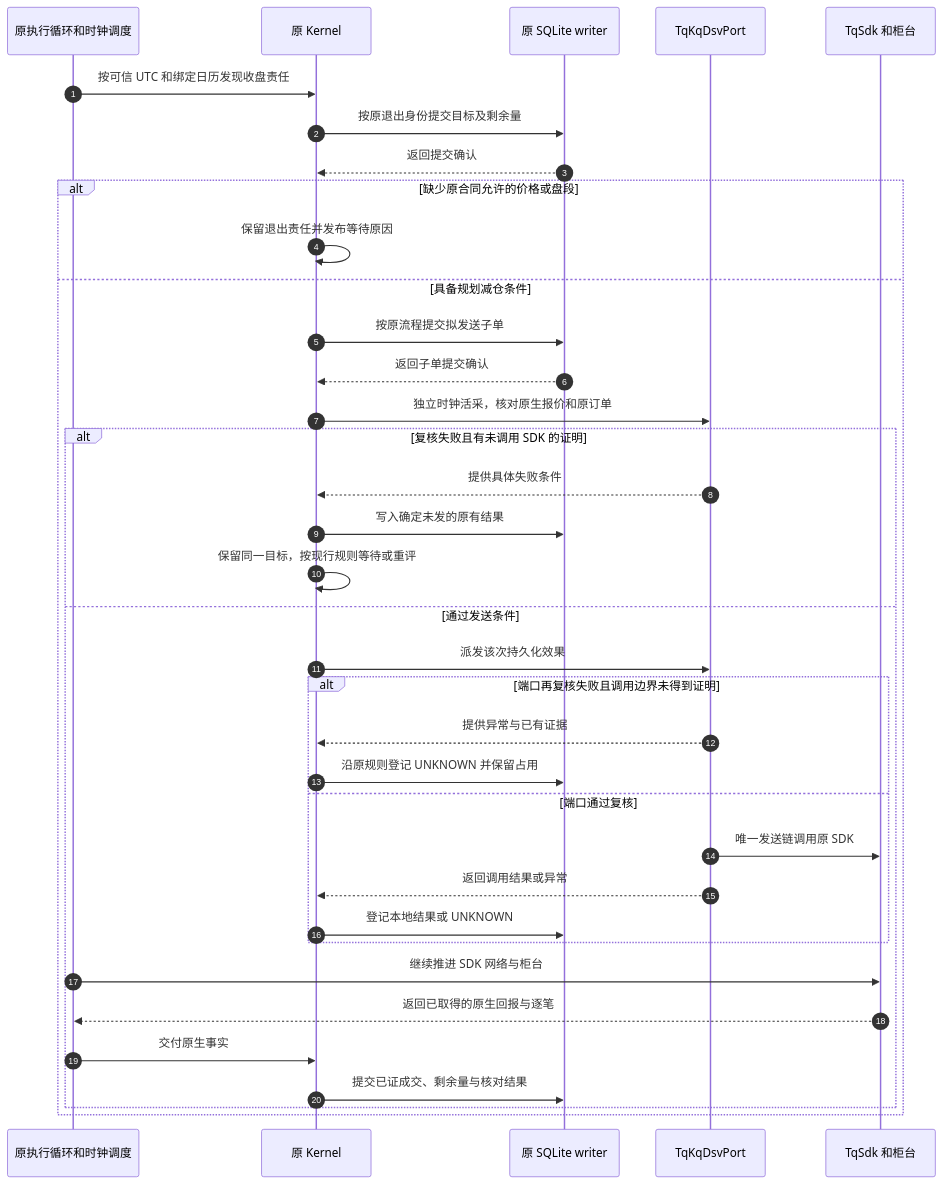
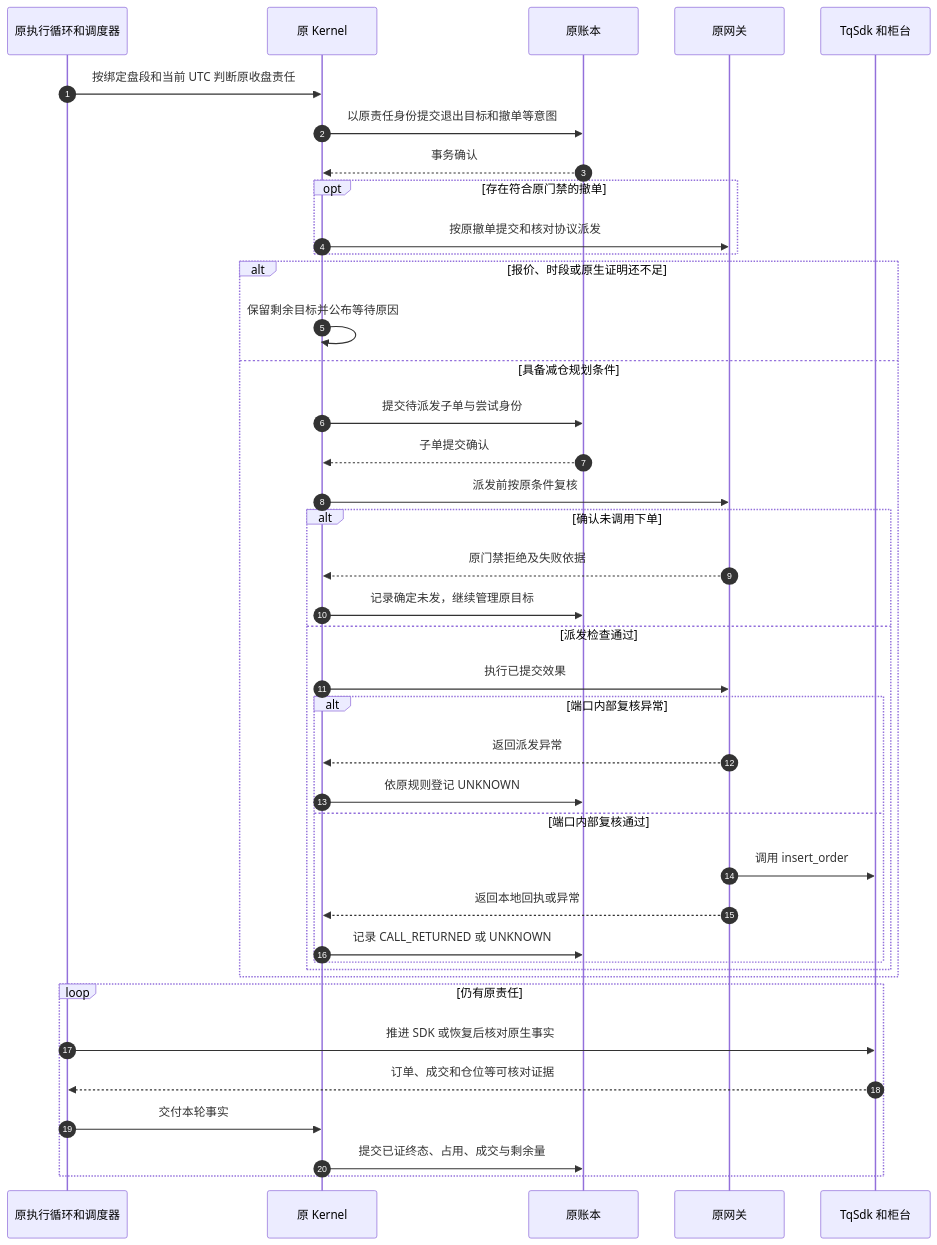
One commit to Yoruto/OnlineTrader changed the seventh of 8 diagrams in docs/clock-market-data-stability-implementation-plan-20261118.md. Above: the diagram before and after it, drawn with Mermaid. The commit also changed other lines of this file, not shown here.

````diff
--- a/docs/clock-market-data-stability-implementation-plan-20261118.md
+++ b/docs/clock-market-data-stability-implementation-plan-20261118.md
@@ -264,38 +296,42 @@
 ```mermaid
 sequenceDiagram
     autonumber
-    participant O as 原执行循环和时钟调度
+    participant O as 原执行循环和调度器
     participant K as 原 Kernel
-    participant D as 原 SQLite writer
-    participant G as TqKqDsvPort
+    participant D as 原账本
+    participant G as 原网关
     participant S as TqSdk 和柜台
-    O->>K: 按可信 UTC 和绑定日历发现收盘责任
-    K->>D: 按原退出身份提交目标及剩余量
-    D-->>K: 返回提交确认
-    alt 缺少原合同允许的价格或盘段
-        K->>K: 保留退出责任并发布等待原因
-    else 具备规划减仓条件
-        K->>D: 按原流程提交拟发送子单
-        D-->>K: 返回子单提交确认
-        K->>G: 独立时钟活采，核对原生报价和原订单
-        alt 复核失败且有未调用 SDK 的证明
-            G-->>K: 提供具体失败条件
-            K->>D: 写入确定未发的原有结果
-            K->>K: 保留同一目标，按现行规则等待或重评
-        else 通过发送条件
-            K->>G: 派发该次持久化效果
-            alt 端口再复核失败且调用边界未得到证明
-                G-->>K: 提供异常与已有证据
-                K->>D: 沿原规则登记 UNKNOWN 并保留占用
-            else 端口通过复核
-                G->>S: 唯一发送链调用原 SDK
-                G-->>K: 返回调用结果或异常
-                K->>D: 登记本地结果或 UNKNOWN
+    O->>K: 按绑定盘段和当前 UTC 判断原收盘责任
+    K->>D: 以原责任身份提交退出目标和撤单等意图
+    D-->>K: 事务确认
+    opt 存在符合原门禁的撤单
+        K->>G: 按原撤单提交和核对协议派发
+    end
+    alt 报价、时段或原生证明还不足
+        K->>K: 保留剩余目标并公布等待原因
+    else 具备减仓规划条件
+        K->>D: 提交待派发子单与尝试身份
+        D-->>K: 子单提交确认
+        K->>G: 派发前按原条件复核
+        alt 确认未调用下单
+            G-->>K: 原门禁拒绝及失败依据
+            K->>D: 记录确定未发，继续管理原目标
+        else 派发检查通过
+            K->>G: 执行已提交效果
+            alt 端口内部复核异常
+                G-->>K: 返回派发异常
+                K->>D: 依原规则登记 UNKNOWN
+            else 端口内部复核通过
+                G->>S: 调用 insert_order
+                G-->>K: 返回本地回执或异常
+                K->>D: 记录 CALL_RETURNED 或 UNKNOWN
             end
-            O->>S: 继续推进 SDK 网络与柜台
-            S-->>O: 返回已取得的原生回报与逐笔
-            O->>K: 交付原生事实
-            K->>D: 提交已证成交、剩余量与核对结果
         end
     end
+    loop 仍有原责任
+        O->>S: 推进 SDK 或恢复后核对原生事实
+        S-->>O: 订单、成交和仓位等可核对证据
+        O->>K: 交付本轮事实
+        K->>D: 提交已证终态、占用、成交与剩余量
+    end
 ```
````
